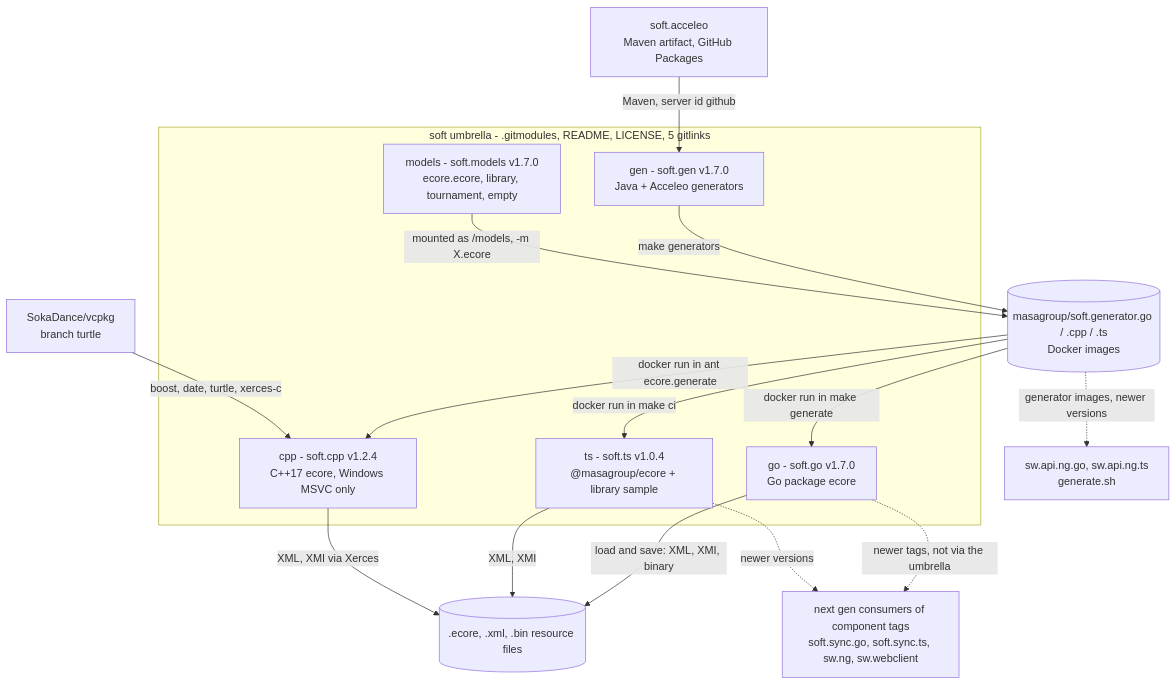
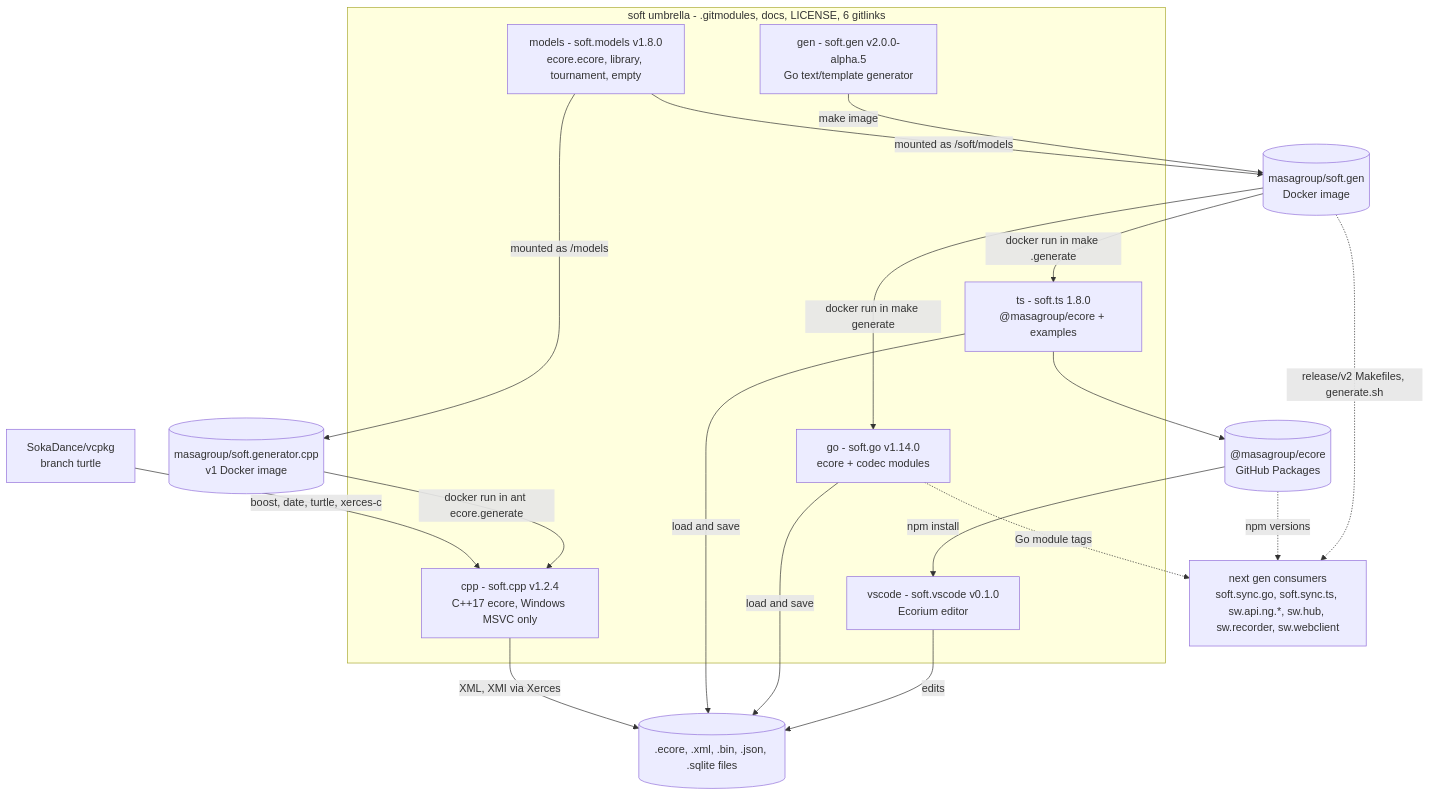
The third of 6 diagrams in ARCHITECTURE.md (masagroup/soft), drawn with Mermaid before and after one commit. The commit also changed other lines of this file and 1 other file, not shown here.

First line of the commit message:
docs: update ARCHITECTURE and CONTRIBUTING for soft.gen v2 and the new submodules

````diff
--- a/ARCHITECTURE.md
+++ b/ARCHITECTURE.md
@@ -112,29 +121,33 @@
 ```mermaid
 flowchart TB
-    ACC["soft.acceleo<br/>Maven artifact, GitHub Packages"]
     VCPKG["SokaDance/vcpkg<br/>branch turtle"]
-    subgraph UMB["soft umbrella - .gitmodules, README, LICENSE, 5 gitlinks"]
-        GEN["gen - soft.gen v1.7.0<br/>Java + Acceleo generators"]
-        MODELS["models - soft.models v1.7.0<br/>ecore.ecore, library, tournament, empty"]
-        GO["go - soft.go v1.7.0<br/>Go package ecore"]
-        TS["ts - soft.ts v1.0.4<br/>@masagroup/ecore + library sample"]
+    subgraph UMB["soft umbrella - .gitmodules, docs, LICENSE, 6 gitlinks"]
+        GEN["gen - soft.gen v2.0.0-alpha.5<br/>Go text/template generator"]
+        MODELS["models - soft.models v1.8.0<br/>ecore.ecore, library, tournament, empty"]
+        GO["go - soft.go v1.14.0<br/>ecore + codec modules"]
+        TS["ts - soft.ts 1.8.0<br/>@masagroup/ecore + examples"]
         CPP["cpp - soft.cpp v1.2.4<br/>C++17 ecore, Windows MSVC only"]
+        VSC["vscode - soft.vscode v0.1.0<br/>Ecorium editor"]
     end
-    IMG[("masagroup/soft.generator.go / .cpp / .ts<br/>Docker images")]
-    API["sw.api.ng.go, sw.api.ng.ts<br/>generate.sh"]
-    FILES[(".ecore, .xml, .bin resource files")]
-    NG["next gen consumers of component tags<br/>soft.sync.go, soft.sync.ts, sw.ng, sw.webclient"]
-    ACC -->|"Maven, server id github"| GEN
-    GEN -->|"make generators"| IMG
-    MODELS -->|"mounted as /models, -m X.ecore"| IMG
+    IMG[("masagroup/soft.gen<br/>Docker image")]
+    IMG1[("masagroup/soft.generator.cpp<br/>v1 Docker image")]
+    GHP[("@masagroup/ecore<br/>GitHub Packages")]
+    FILES[(".ecore, .xml, .bin, .json, .sqlite files")]
+    NG["next gen consumers<br/>soft.sync.go, soft.sync.ts, sw.api.ng.*, sw.hub, sw.recorder, sw.webclient"]
+    GEN -->|"make image"| IMG
+    MODELS -->|"mounted as /soft/models"| IMG
+    MODELS -->|"mounted as /models"| IMG1
     IMG -->|"docker run in make generate"| GO
-    IMG -->|"docker run in make ci"| TS
-    IMG -->|"docker run in ant ecore.generate"| CPP
+    IMG -->|"docker run in make <x>.generate"| TS
+    IMG1 -->|"docker run in ant ecore.generate"| CPP
     VCPKG -->|"boost, date, turtle, xerces-c"| CPP
-    IMG -.->|"generator images, newer versions"| API
-    GO -->|"load and save: XML, XMI, binary"| FILES
-    TS -->|"XML, XMI"| FILES
+    TS --> GHP
+    GHP -->|"npm install"| VSC
+    VSC -->|"edits"| FILES
+    GO -->|"load and save"| FILES
+    TS -->|"load and save"| FILES
     CPP -->|"XML, XMI via Xerces"| FILES
-    GO -.->|"newer tags, not via the umbrella"| NG
-    TS -.->|"newer versions"| NG
+    IMG -.->|"release/v2 Makefiles, generate.sh"| NG
+    GO -.->|"Go module tags"| NG
+    GHP -.->|"npm versions"| NG
 ```
````
